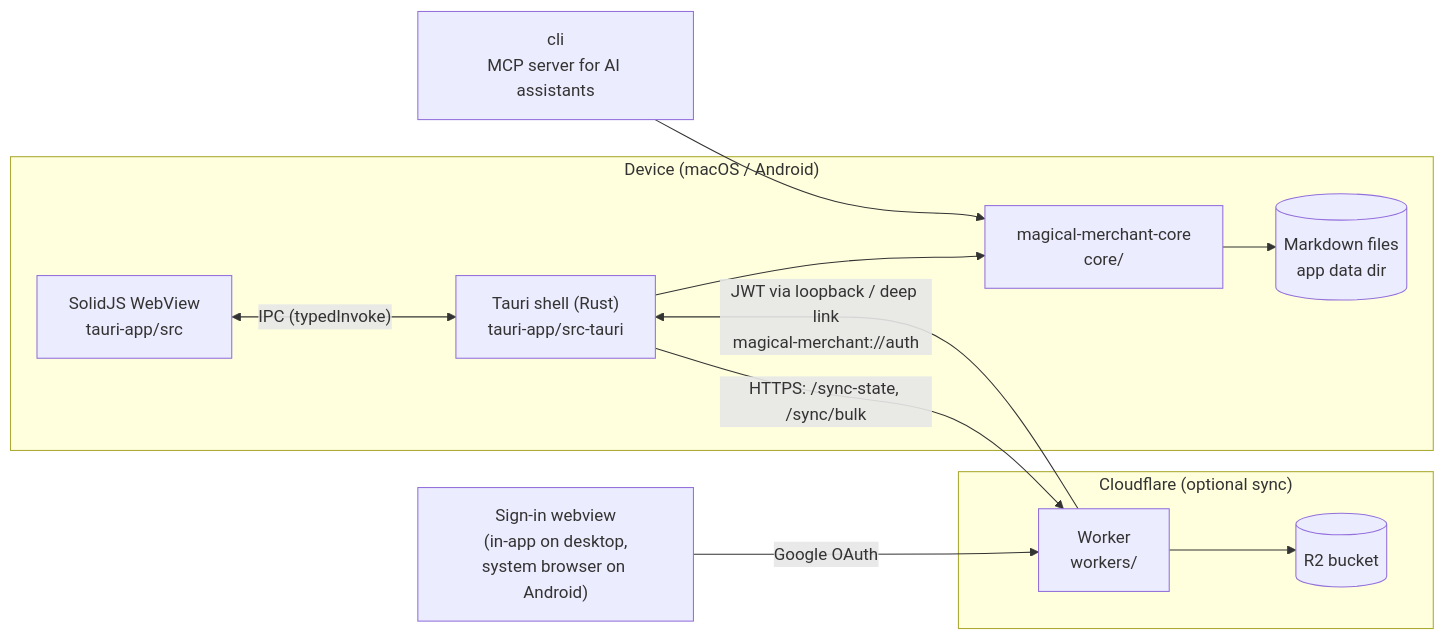
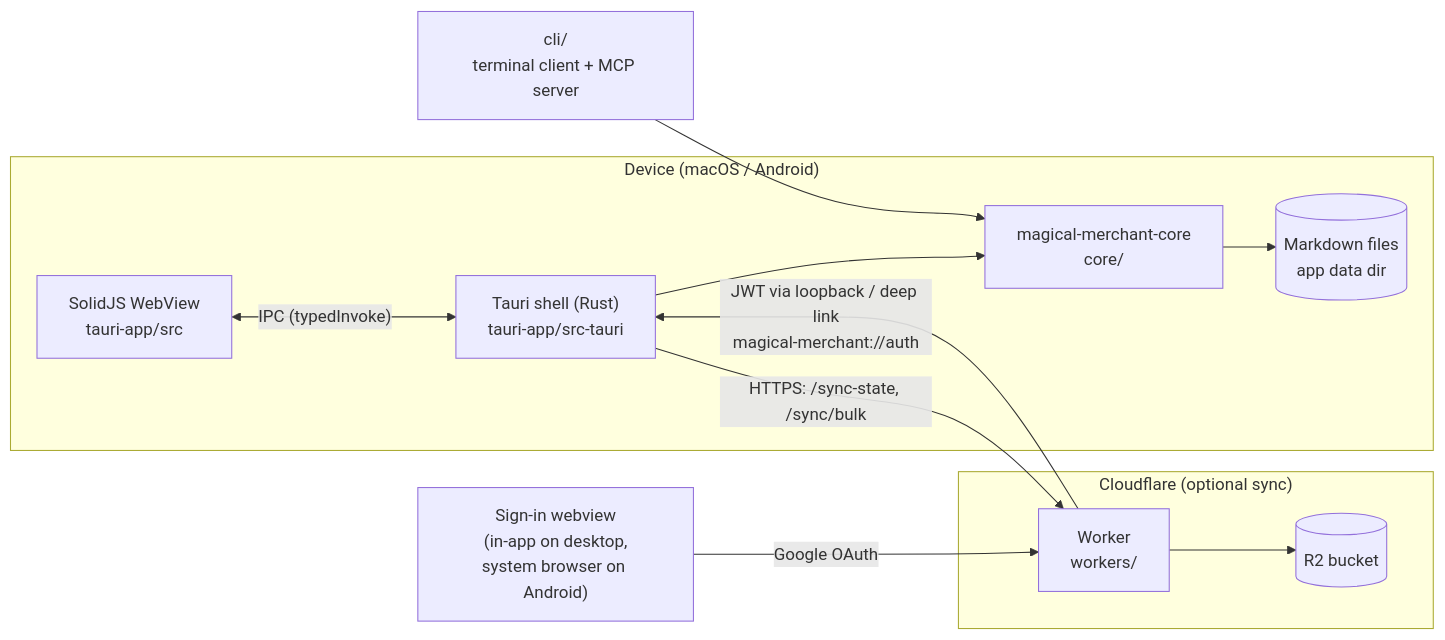
The first of 3 diagrams in docs/introduction.md (Xantibody/magical-merchant), drawn with Mermaid before and after one commit. The commit also changed other lines of this file and 8 other files, not shown here.

````diff
--- a/docs/introduction.md
+++ b/docs/introduction.md
@@ -14,24 +14,24 @@
 ```mermaid
 flowchart LR
     subgraph Device["Device (macOS / Android)"]
         UI["SolidJS WebView<br/>tauri-app/src"]
         Shell["Tauri shell (Rust)<br/>tauri-app/src-tauri"]
         Core["magical-merchant-core<br/>core/"]
         Files[("Markdown files<br/>app data dir")]
         UI <-- "IPC (typedInvoke)" --> Shell
         Shell --> Core
         Core --> Files
     end
 
-    MCP["cli<br/>MCP server for AI assistants"] --> Core
+    CLI["cli/<br/>terminal client + MCP server"] --> Core
 
     subgraph Cloud["Cloudflare (optional sync)"]
         Worker["Worker<br/>workers/"]
         R2[("R2 bucket")]
         Worker --> R2
     end
 
     Shell -- "HTTPS: /sync-state, /sync/bulk" --> Worker
     Login["Sign-in webview<br/>(in-app on desktop,<br/>system browser on Android)"] -- "Google OAuth" --> Worker
     Worker -- "JWT via loopback / deep link<br/>magical-merchant://auth" --> Shell
 ```
````
